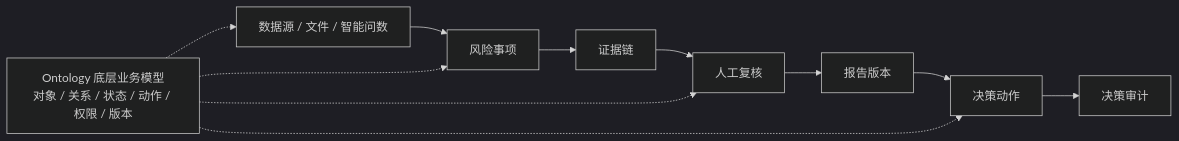
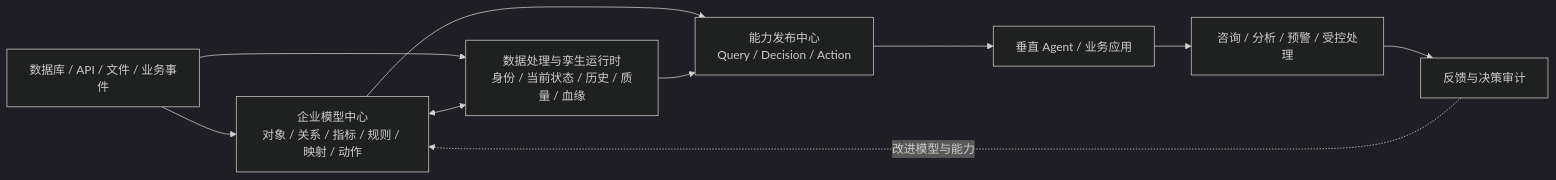
Before and after one commit to TtonyLiang/data-agent: the first of 8 diagrams in docs/project-design.md, drawn with Mermaid (dark theme). The commit also changed other lines of this file and 55 other files, not shown here.

````diff
--- a/docs/project-design.md
+++ b/docs/project-design.md
@@ -44,14 +50,12 @@
 ```mermaid
 flowchart LR
-  SOURCE["数据源 / 文件 / 智能问数"] --> ISSUE["风险事项"]
-  ISSUE --> EVIDENCE["证据链"]
-  EVIDENCE --> REVIEW["人工复核"]
-  REVIEW --> VERSION["报告版本"]
-  VERSION --> ACTION["决策动作"]
-  ACTION --> AUDIT["决策审计"]
-
-  ONTOLOGY["Ontology 底层业务模型<br/>对象 / 关系 / 状态 / 动作 / 权限 / 版本"] -.-> SOURCE
-  ONTOLOGY -.-> ISSUE
-  ONTOLOGY -.-> REVIEW
-  ONTOLOGY -.-> ACTION
+  SOURCE["数据库 / API / 文件 / 业务事件"] --> MODEL["企业模型中心<br/>对象 / 关系 / 指标 / 规则 / 映射 / 动作"]
+  SOURCE --> TWIN["数据处理与孪生运行时<br/>身份 / 当前状态 / 历史 / 质量 / 血缘"]
+  MODEL <--> TWIN
+  MODEL --> CAP["能力发布中心<br/>Query / Decision / Action"]
+  TWIN --> CAP
+  CAP --> AGENT["垂直 Agent / 业务应用"]
+  AGENT --> RESULT["咨询 / 分析 / 预警 / 受控处理"]
+  RESULT --> AUDIT["反馈与决策审计"]
+  AUDIT -. "改进模型与能力" .-> MODEL
 ```
````
